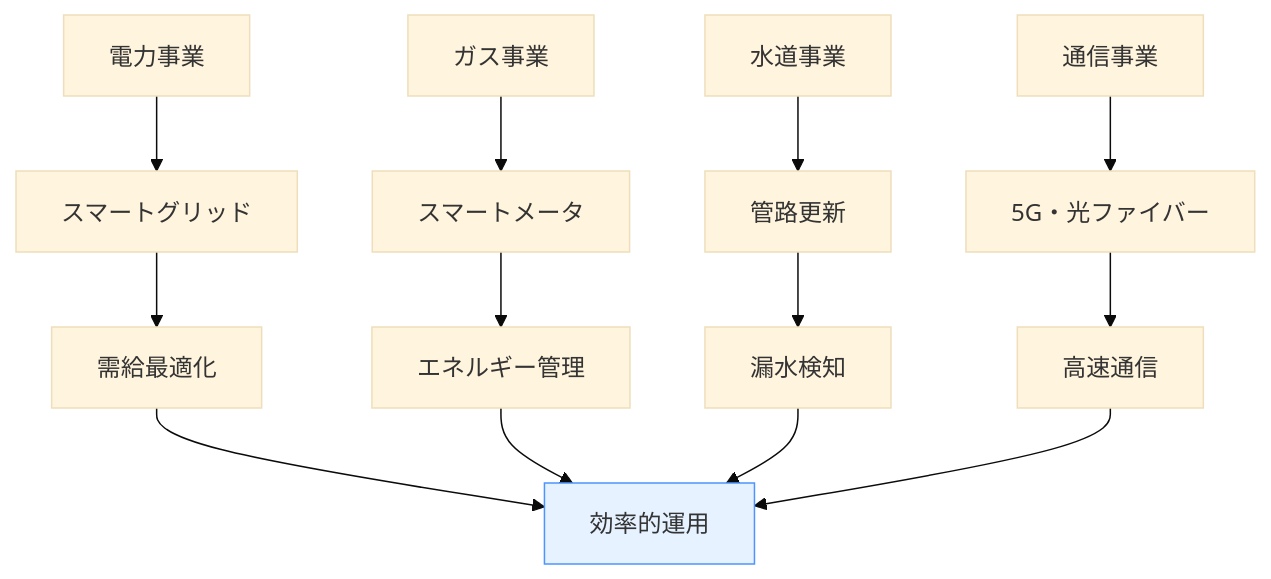
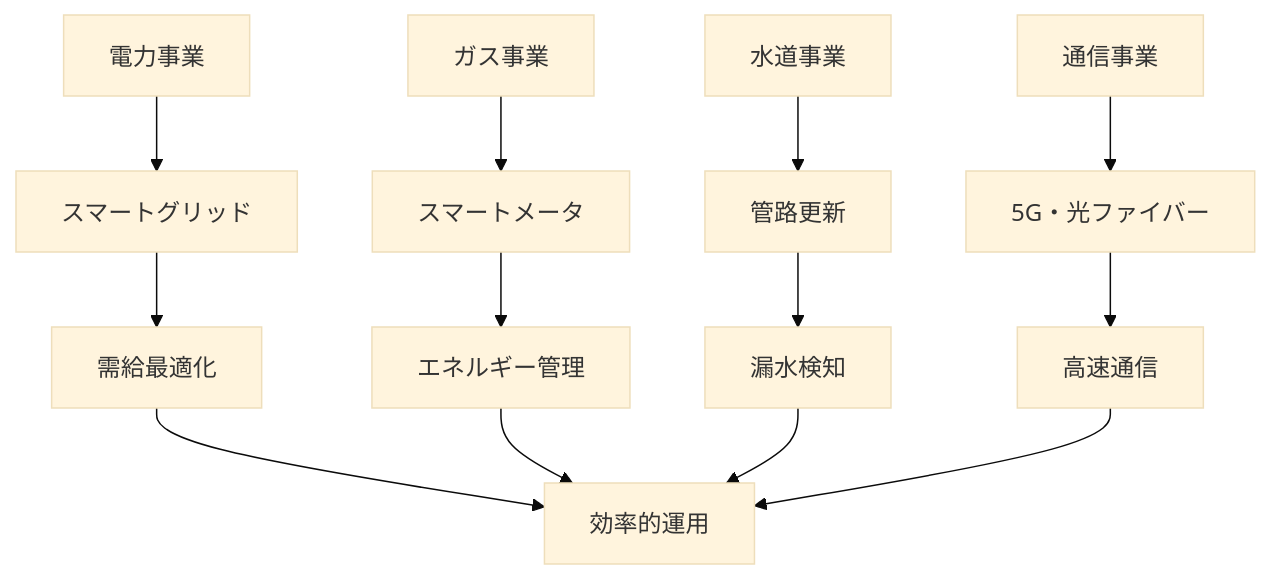
The sixth of 7 diagrams in docs/applications/industrial.md (shuji-bonji/Situational-Awareness-and-Decision-Making), drawn with Mermaid (base theme) before and after one commit. The commit also changed other lines of this file and 49 other files, not shown here.

Commit message:
fix: ダークモードで見づらい図の色の変更

````diff
--- a/docs/applications/industrial.md
+++ b/docs/applications/industrial.md
@@ -468,19 +468,19 @@
 ```mermaid
 graph TD
     A[電力事業] --> D[スマートグリッド]
     B[ガス事業] --> E[スマートメータ]
     C[水道事業] --> F[管路更新]
     G[通信事業] --> H[5G・光ファイバー]
     
     D --> I[需給最適化]
     E --> J[エネルギー管理]
     F --> K[漏水検知]
     H --> L[高速通信]
     
     I --> M[効率的運用]
     J --> M
     K --> M
     L --> M
     
-    style M fill:#e6f2ff,stroke:#4d94ff
+
 ```
````
